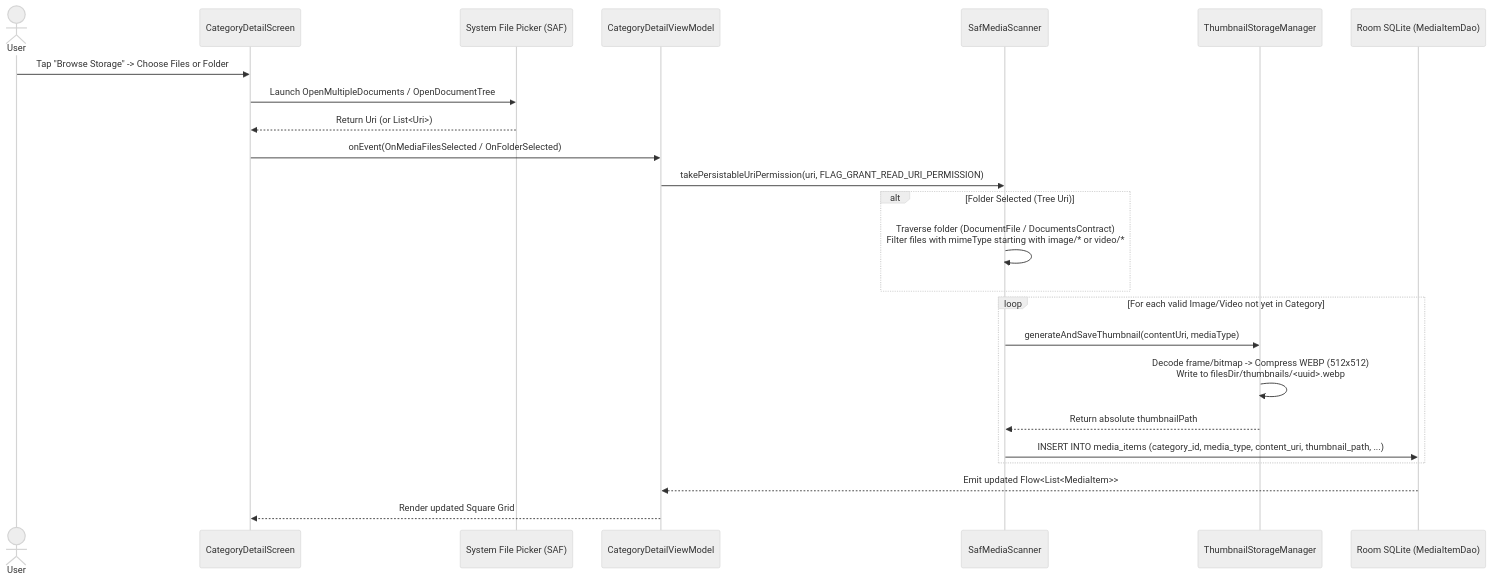
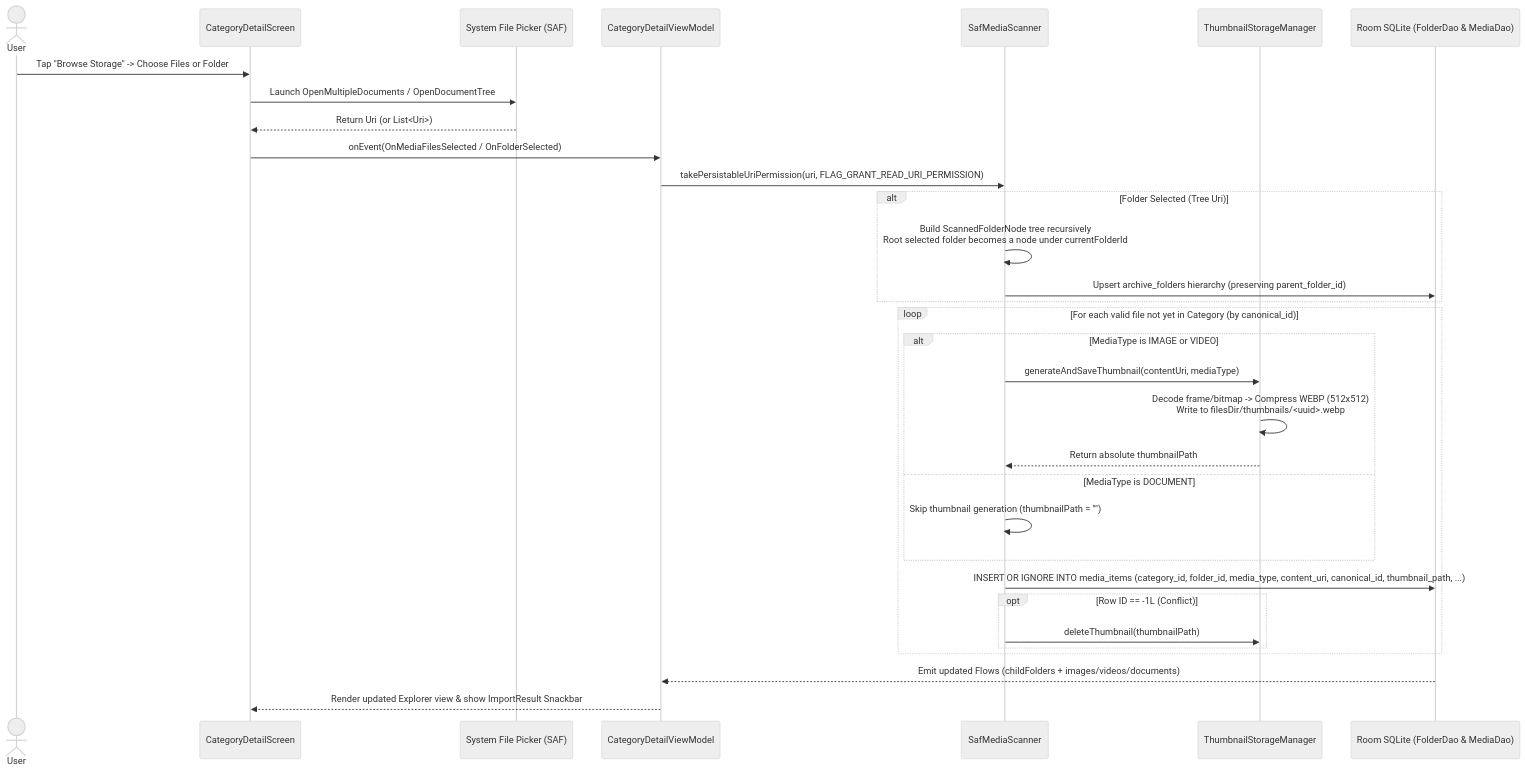
The diagram in docs/architecture/03-media-ingestion-and-playback.md (kitoku95/media-archive), drawn with Mermaid (neutral theme) before and after one commit. The commit also changed other lines of this file and 37 other files, not shown here.

Commit message:
feat(documents): add documents tab, canonical saf deduplication, hidden folder filter and uniform category card height

````diff
--- a/docs/architecture/03-media-ingestion-and-playback.md
+++ b/docs/architecture/03-media-ingestion-and-playback.md
@@ -17,30 +45,38 @@
 ```mermaid
 sequenceDiagram
     actor User
     participant UI as CategoryDetailScreen
     participant SAF as System File Picker (SAF)
     participant VM as CategoryDetailViewModel
     participant Scanner as SafMediaScanner
     participant Thumb as ThumbnailStorageManager
-    participant DB as Room SQLite (MediaItemDao)
+    participant DB as Room SQLite (FolderDao & MediaDao)
 
     User->>UI: Tap "Browse Storage" -> Choose Files or Folder
     UI->>SAF: Launch OpenMultipleDocuments / OpenDocumentTree
     SAF-->>UI: Return Uri (or List<Uri>)
     UI->>VM: onEvent(OnMediaFilesSelected / OnFolderSelected)
     VM->>Scanner: takePersistableUriPermission(uri, FLAG_GRANT_READ_URI_PERMISSION)
 
     alt Folder Selected (Tree Uri)
-        Scanner->>Scanner: Traverse folder (DocumentFile / DocumentsContract)<br/>Filter files with mimeType starting with image/* or video/*
+        Scanner->>Scanner: Build ScannedFolderNode tree recursively<br/>Root selected folder becomes a node under currentFolderId
+        Scanner->>DB: Upsert archive_folders hierarchy (preserving parent_folder_id)
     end
 
-    loop For each valid Image/Video not yet in Category
-        Scanner->>Thumb: generateAndSaveThumbnail(contentUri, mediaType)
-        Thumb->>Thumb: Decode frame/bitmap -> Compress WEBP (512x512)<br/>Write to filesDir/thumbnails/<uuid>.webp
-        Thumb-->>Scanner: Return absolute thumbnailPath
-        Scanner->>DB: INSERT INTO media_items (category_id, media_type, content_uri, thumbnail_path, ...)
+    loop For each valid file not yet in Category (by canonical_id)
+        alt MediaType is IMAGE or VIDEO
+            Scanner->>Thumb: generateAndSaveThumbnail(contentUri, mediaType)
+            Thumb->>Thumb: Decode frame/bitmap -> Compress WEBP (512x512)<br/>Write to filesDir/thumbnails/<uuid>.webp
+            Thumb-->>Scanner: Return absolute thumbnailPath
+        else MediaType is DOCUMENT
+            Scanner->>Scanner: Skip thumbnail generation (thumbnailPath = "")
+        end
+        Scanner->>DB: INSERT OR IGNORE INTO media_items (category_id, folder_id, media_type, content_uri, canonical_id, thumbnail_path, ...)
+        opt Row ID == -1L (Conflict)
+            Scanner->>Thumb: deleteThumbnail(thumbnailPath)
+        end
     end
 
-    DB-->>VM: Emit updated Flow<List<MediaItem>>
-    VM-->>UI: Render updated Square Grid
+    DB-->>VM: Emit updated Flows (childFolders + images/videos/documents)
+    VM-->>UI: Render updated Explorer view & show ImportResult Snackbar
 ```
````
